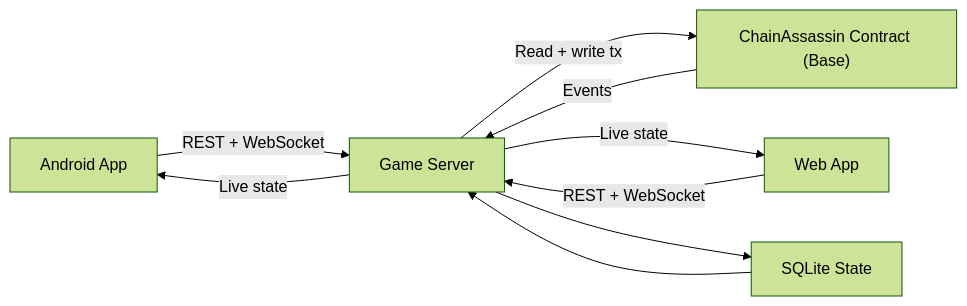
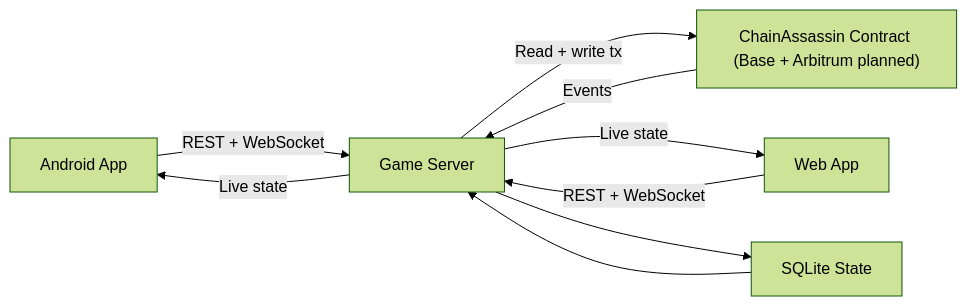
One commit to kalinbas/chain-assassin changed the second of 6 diagrams in WHITEPAPER.md. Above: the diagram before and after it, drawn with Mermaid (forest theme). The commit also changed other lines of this file and 15 other files, not shown here.

Commit message:
Add one-pager PDF and update docs for Base + Arbitrum support

````diff
--- a/WHITEPAPER.md
+++ b/WHITEPAPER.md
@@ -59,11 +59,11 @@
 ```mermaid
 flowchart LR
     A["Android App"] -->|"REST + WebSocket"| B["Game Server"]
     C["Web App"] -->|"REST + WebSocket"| B
-    B -->|"Read + write tx"| D["ChainAssassin Contract (Base)"]
+    B -->|"Read + write tx"| D["ChainAssassin Contract (Base + Arbitrum planned)"]
     D -->|"Events"| B
     B -->|"Live state"| A
     B -->|"Live state"| C
     E["SQLite State"] --> B
     B --> E
 ```
````
